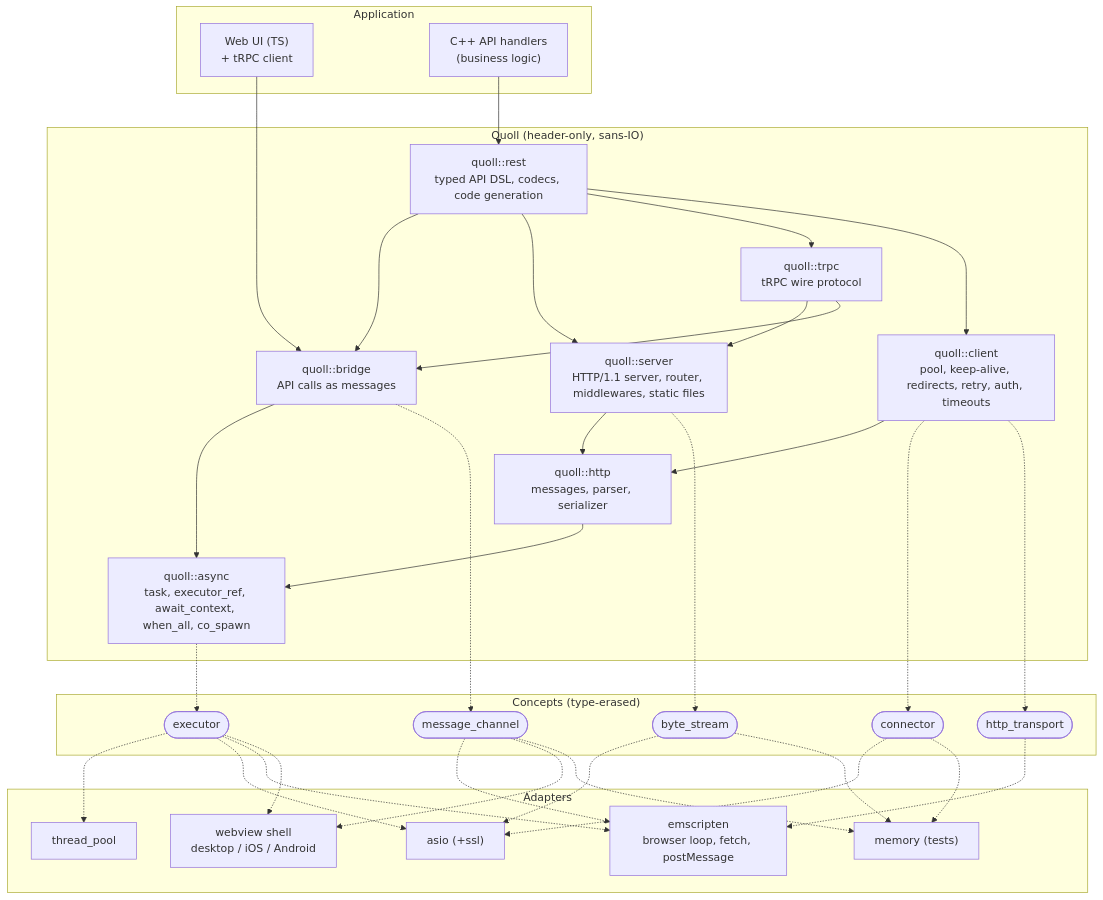
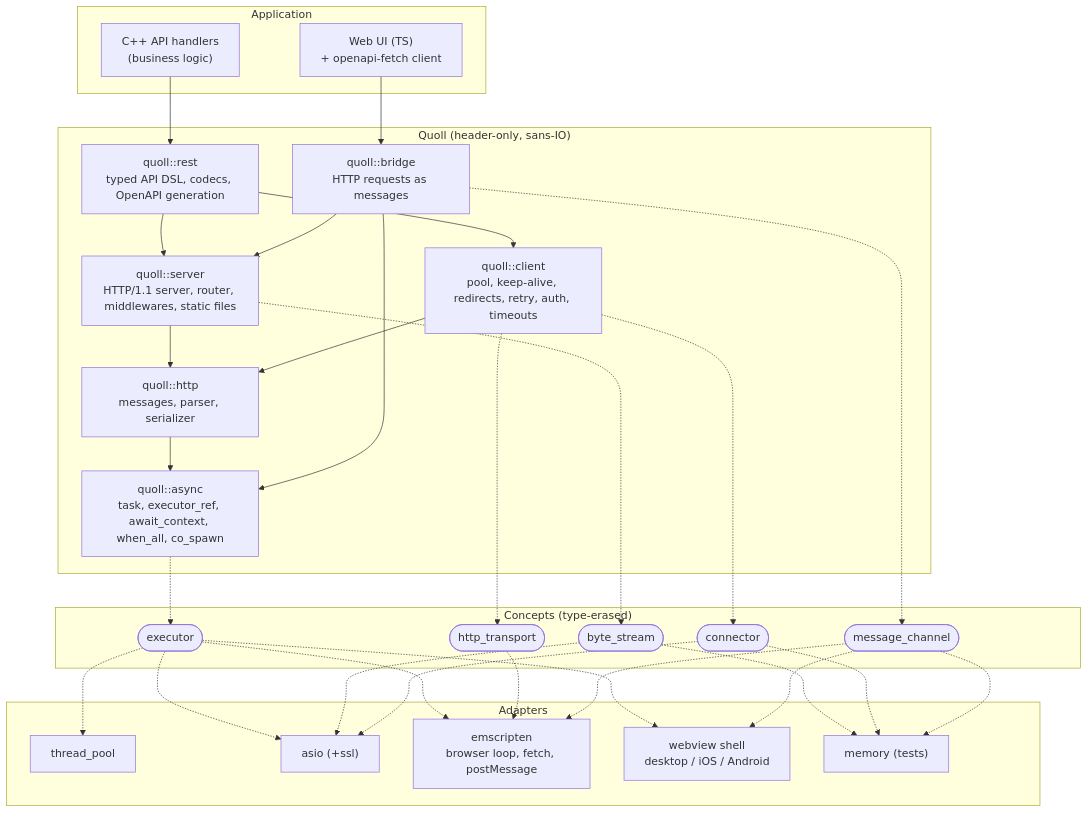
One commit to 4thlabs/quoll changed the first of 8 diagrams in docs/PLAN.md. Above: the diagram before and after it, drawn with Mermaid. The commit also changed other lines of this file and 2 other files, not shown here.

First line of the commit message:
Plan: OpenAPI instead of tRPC for the TypeScript side

````diff
--- a/docs/PLAN.md
+++ b/docs/PLAN.md
@@ -41,58 +44,54 @@
 ```mermaid
 flowchart TB
   subgraph app["Application"]
-    ui["Web UI (TS)<br/>+ tRPC client"]
+    ui["Web UI (TS)<br/>+ openapi-fetch client"]
     handlers["C++ API handlers<br/>(business logic)"]
   end
 
   subgraph quoll["Quoll (header-only, sans-IO)"]
-    rest["quoll::rest<br/>typed API DSL, codecs, code generation"]
-    trpc["quoll::trpc<br/>tRPC wire protocol"]
-    bridge["quoll::bridge<br/>API calls as messages"]
+    rest["quoll::rest<br/>typed API DSL, codecs, OpenAPI generation"]
+    bridge["quoll::bridge<br/>HTTP requests as messages"]
     server["quoll::server<br/>HTTP/1.1 server, router, middlewares, static files"]
     client["quoll::client<br/>pool, keep-alive, redirects, retry, auth, timeouts"]
     http["quoll::http<br/>messages, parser, serializer"]
     async["quoll::async<br/>task, executor_ref, await_context, when_all, co_spawn"]
   end
 
   subgraph concepts["Concepts (type-erased)"]
     executor(["executor"])
     stream(["byte_stream"])
     connector(["connector"])
     transport(["http_transport"])
     channel(["message_channel"])
   end
 
   subgraph adapters["Adapters"]
     pool["thread_pool"]
     asio["asio (+ssl)"]
     emscripten["emscripten<br/>browser loop, fetch, postMessage"]
     shell["webview shell<br/>desktop / iOS / Android"]
     memory["memory (tests)"]
   end
 
   ui --> bridge
   handlers --> rest
-  rest --> bridge
   rest --> server
-  rest --> trpc
-  trpc --> server
-  trpc --> bridge
   rest --> client
+  bridge --> server
   server --> http
   client --> http
   http --> async
   bridge --> async
 
   server -.-> stream
   client -.-> connector
   client -.-> transport
   bridge -.-> channel
   async -.-> executor
 
   executor -.-> pool & asio & emscripten & shell
   stream -.-> asio & memory
   connector -.-> asio & memory
   transport -.-> emscripten
   channel -.-> emscripten & shell & memory
 ```
````
